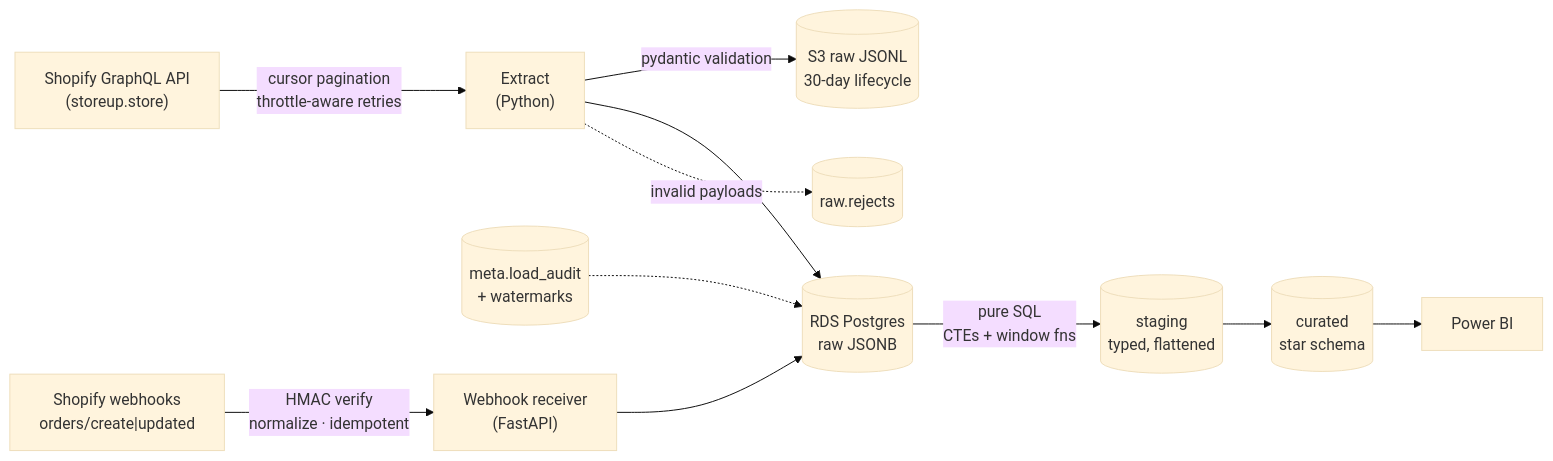
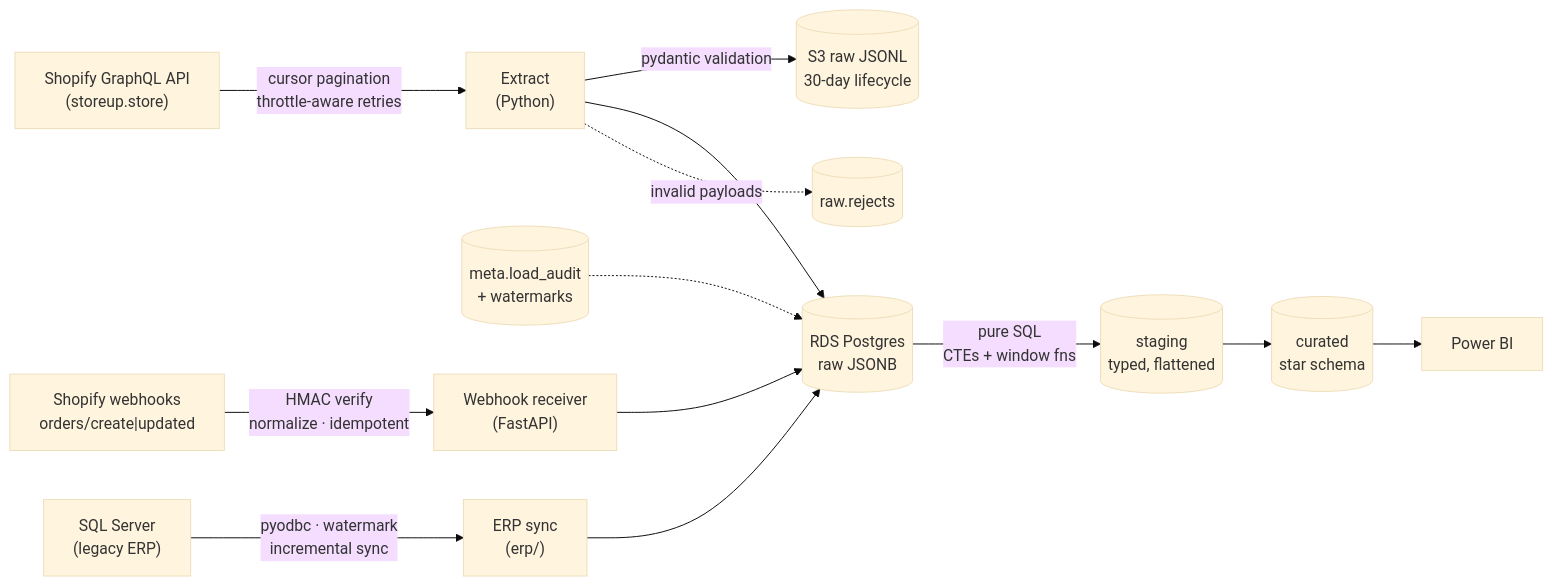
One commit to internick2017/ecommerce-data-warehouse changed the diagram in README.md. Above: the diagram before and after it, drawn with Mermaid (base theme). The commit also changed other lines of this file, not shown here.

Commit message:
docs: document Phase 3 legacy ERP via ODBC

````diff
--- a/README.md
+++ b/README.md
@@ -9,13 +9,15 @@
 ```mermaid
 flowchart LR
     A["Shopify GraphQL API<br/>(storeup.store)"] -->|"cursor pagination<br/>throttle-aware retries"| B["Extract<br/>(Python)"]
     B -->|"pydantic validation"| C[("S3 raw JSONL<br/>30-day lifecycle")]
     B --> D[("RDS Postgres<br/>raw JSONB")]
     D -->|"pure SQL<br/>CTEs + window fns"| E[("staging<br/>typed, flattened")]
     E --> F[("curated<br/>star schema")]
     F --> G["Power BI"]
     B -.->|"invalid payloads"| H[("raw.rejects")]
     I[("meta.load_audit<br/>+ watermarks")] -.-> D
     SW["Shopify webhooks<br/>orders/create|updated"] -->|"HMAC verify<br/>normalize · idempotent"| W["Webhook receiver<br/>(FastAPI)"]
     W --> D
+    ERP["SQL Server<br/>(legacy ERP)"] -->|"pyodbc · watermark<br/>incremental sync"| ES["ERP sync<br/>(erp/)"]
+    ES --> D
 ```
````
